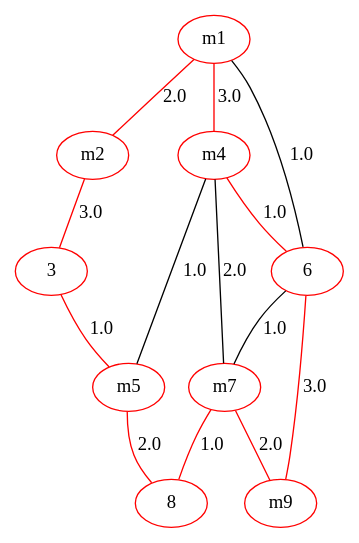
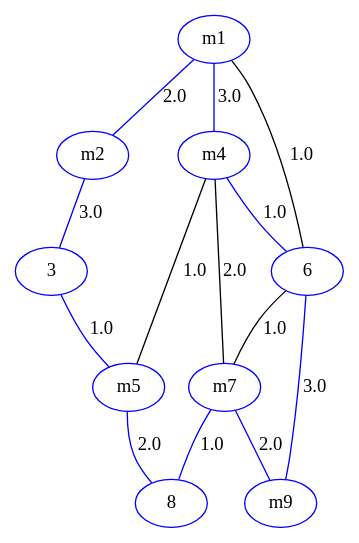
Before and after one commit to mibullfire/ADDA-Practicas: the diagram in Práctica 2/PI2_2025_2026_Base_ADDA/PI2_2025_2026_Base_ADDA/ficheros_generados/EJ4ApartadoB.gv, drawn with Graphviz. The commit also changed 4 other files, not shown here.

```diff
--- a/Práctica 2/PI2_2025_2026_Base_ADDA/PI2_2025_2026_Base_ADDA/ficheros_generados/EJ4ApartadoB.gv
+++ b/Práctica 2/PI2_2025_2026_Base_ADDA/PI2_2025_2026_Base_ADDA/ficheros_generados/EJ4ApartadoB.gv
@@ -1,24 +1,24 @@
 strict graph G {
-  1 [ color="red" label="m1" ];
-  2 [ color="red" label="m2" ];
-  3 [ color="red" ];
-  4 [ color="red" label="m4" ];
-  5 [ color="red" label="m5" ];
-  6 [ color="red" ];
-  7 [ color="red" label="m7" ];
-  8 [ color="red" ];
-  9 [ color="red" label="m9" ];
+  1 [ color="blue" label="m1" ];
+  2 [ color="blue" label="m2" ];
+  3 [ color="blue" ];
+  4 [ color="blue" label="m4" ];
+  5 [ color="blue" label="m5" ];
+  6 [ color="blue" ];
+  7 [ color="blue" label="m7" ];
+  8 [ color="blue" ];
+  9 [ color="blue" label="m9" ];
   1 -- 6 [ color="black" label="1.0" ];
-  1 -- 2 [ color="red" label="2.0" ];
-  1 -- 4 [ color="red" label="3.0" ];
+  1 -- 2 [ color="blue" label="2.0" ];
+  1 -- 4 [ color="blue" label="3.0" ];
   4 -- 7 [ color="black" label="2.0" ];
   4 -- 5 [ color="black" label="1.0" ];
-  4 -- 6 [ color="red" label="1.0" ];
-  5 -- 8 [ color="red" label="2.0" ];
-  6 -- 9 [ color="red" label="3.0" ];
+  4 -- 6 [ color="blue" label="1.0" ];
+  5 -- 8 [ color="blue" label="2.0" ];
+  6 -- 9 [ color="blue" label="3.0" ];
   6 -- 7 [ color="black" label="1.0" ];
-  7 -- 8 [ color="red" label="1.0" ];
-  7 -- 9 [ color="red" label="2.0" ];
-  2 -- 3 [ color="red" label="3.0" ];
-  3 -- 5 [ color="red" label="1.0" ];
+  7 -- 8 [ color="blue" label="1.0" ];
+  7 -- 9 [ color="blue" label="2.0" ];
+  2 -- 3 [ color="blue" label="3.0" ];
+  3 -- 5 [ color="blue" label="1.0" ];
 }
```
